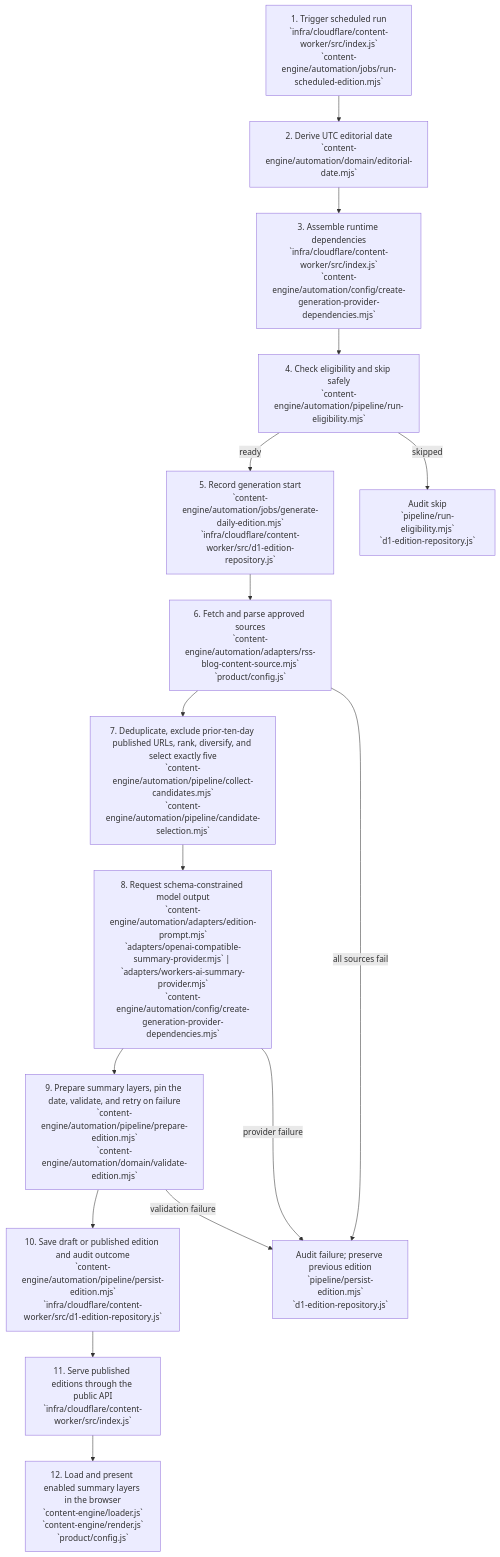
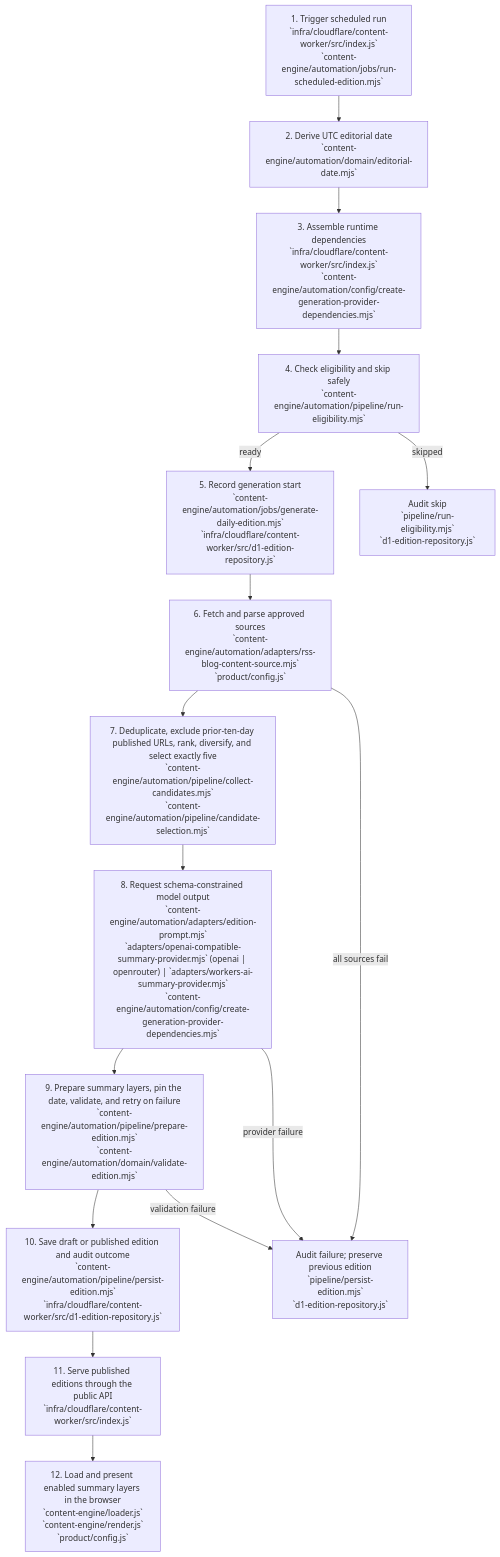
One commit to RadheCode/AINuggets changed the second of 2 diagrams in docs/DAILY_CONTENT_AUTOMATION.md. Above: the diagram before and after it, drawn with Mermaid. The commit also changed other lines of this file and 15 other files, not shown here.

First line of the commit message:
Add OpenRouter provider and chain-based summary provider selection

````diff
--- a/docs/DAILY_CONTENT_AUTOMATION.md
+++ b/docs/DAILY_CONTENT_AUTOMATION.md
@@ -150,22 +151,22 @@
 ```mermaid
 flowchart TD
     S1["1. Trigger scheduled run\n`infra/cloudflare/content-worker/src/index.js`\n`content-engine/automation/jobs/run-scheduled-edition.mjs`"]
     S2["2. Derive UTC editorial date\n`content-engine/automation/domain/editorial-date.mjs`"]
     S3["3. Assemble runtime dependencies\n`infra/cloudflare/content-worker/src/index.js`\n`content-engine/automation/config/create-generation-provider-dependencies.mjs`"]
     S4["4. Check eligibility and skip safely\n`content-engine/automation/pipeline/run-eligibility.mjs`"]
     S5["5. Record generation start\n`content-engine/automation/jobs/generate-daily-edition.mjs`\n`infra/cloudflare/content-worker/src/d1-edition-repository.js`"]
     S6["6. Fetch and parse approved sources\n`content-engine/automation/adapters/rss-blog-content-source.mjs`\n`product/config.js`"]
     S7["7. Deduplicate, exclude prior-ten-day published URLs, rank, diversify, and select exactly five\n`content-engine/automation/pipeline/collect-candidates.mjs`\n`content-engine/automation/pipeline/candidate-selection.mjs`"]
-    S8["8. Request schema-constrained model output\n`content-engine/automation/adapters/edition-prompt.mjs`\n`adapters/openai-compatible-summary-provider.mjs` | `adapters/workers-ai-summary-provider.mjs`\n`content-engine/automation/config/create-generation-provider-dependencies.mjs`"]
+    S8["8. Request schema-constrained model output\n`content-engine/automation/adapters/edition-prompt.mjs`\n`adapters/openai-compatible-summary-provider.mjs` (openai | openrouter) | `adapters/workers-ai-summary-provider.mjs`\n`content-engine/automation/config/create-generation-provider-dependencies.mjs`"]
     S9["9. Prepare summary layers, pin the date, validate, and retry on failure\n`content-engine/automation/pipeline/prepare-edition.mjs`\n`content-engine/automation/domain/validate-edition.mjs`"]
     S10["10. Save draft or published edition and audit outcome\n`content-engine/automation/pipeline/persist-edition.mjs`\n`infra/cloudflare/content-worker/src/d1-edition-repository.js`"]
     S11["11. Serve published editions through the public API\n`infra/cloudflare/content-worker/src/index.js`"]
     S12["12. Load and present enabled summary layers in the browser\n`content-engine/loader.js`\n`content-engine/render.js`\n`product/config.js`"]
 
     S1 --> S2 --> S3 --> S4
     S4 -->|ready| S5 --> S6 --> S7 --> S8 --> S9 --> S10 --> S11 --> S12
     S4 -->|skipped| X["Audit skip\n`pipeline/run-eligibility.mjs`\n`d1-edition-repository.js`"]
     S6 -->|all sources fail| F["Audit failure; preserve previous edition\n`pipeline/persist-edition.mjs`\n`d1-edition-repository.js`"]
     S8 -->|provider failure| F
     S9 -->|validation failure| F
 ```
````
